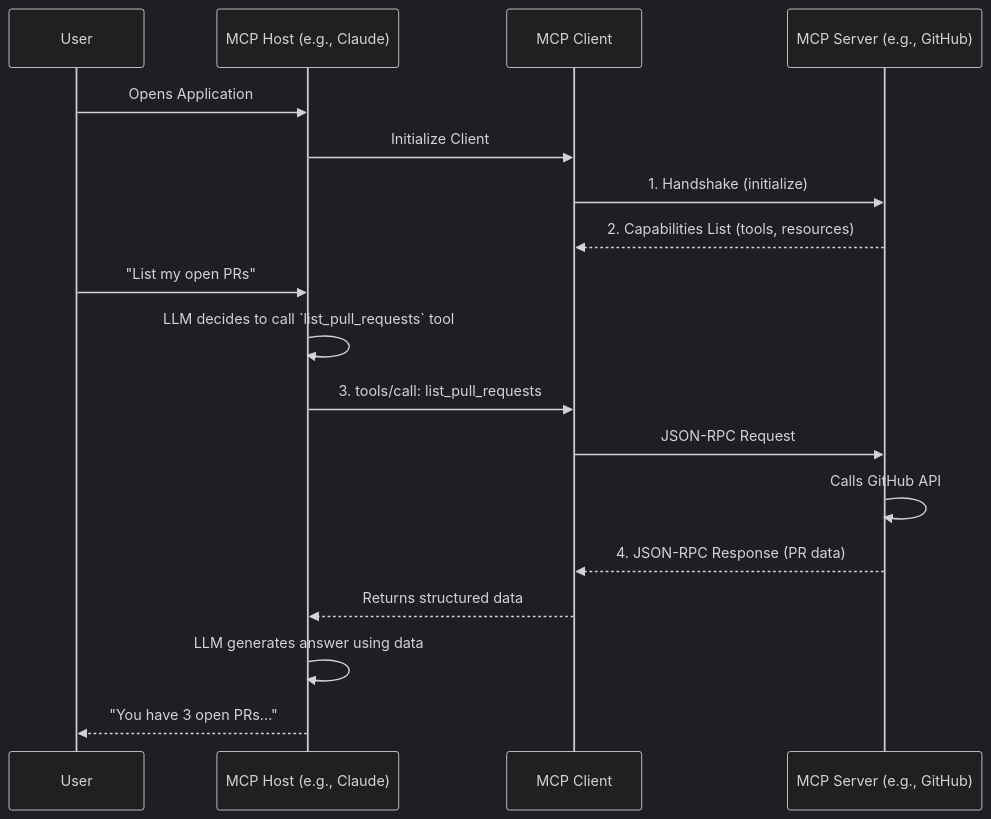
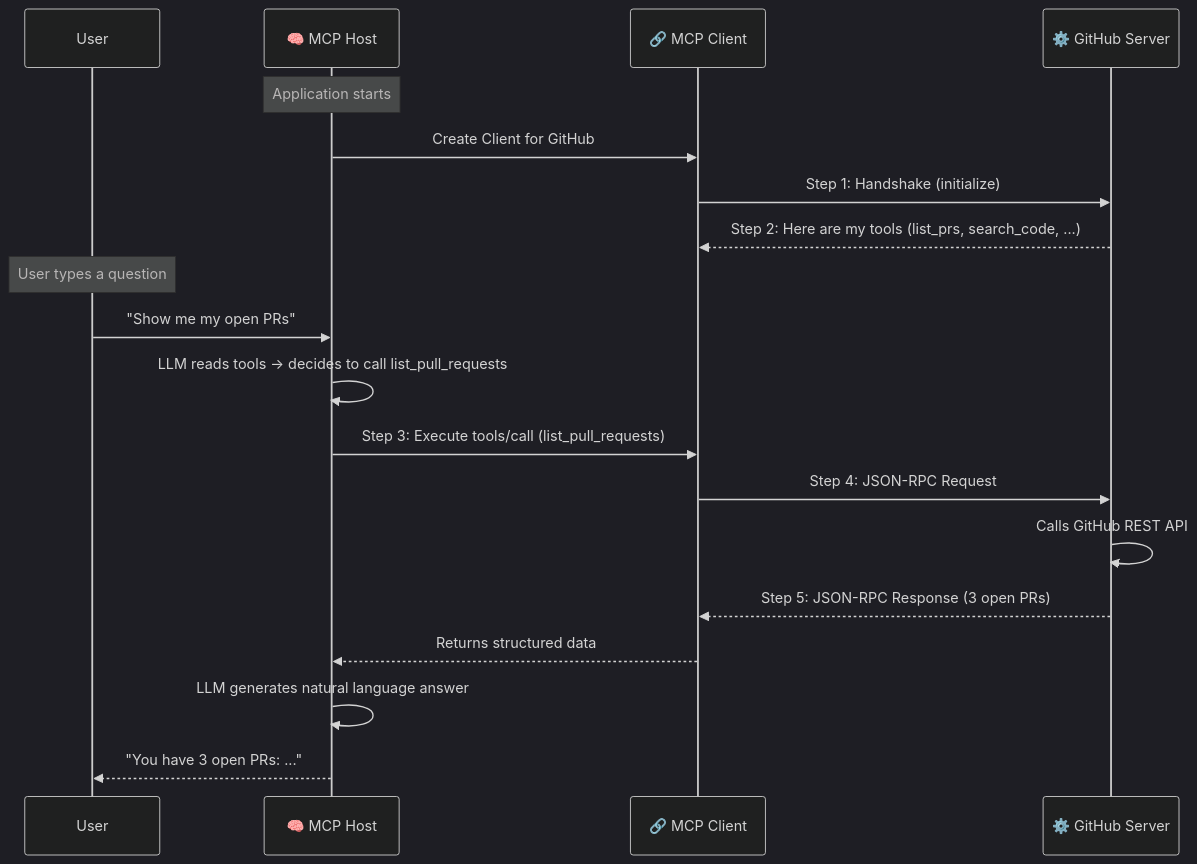
The diagram in MCP/02-architecture.md (YoussefAshraf711/Wiki), drawn with Mermaid (dark theme) before and after one commit. The commit also changed other lines of this file and 6 other files, not shown here.

````diff
--- a/MCP/02-architecture.md
+++ b/MCP/02-architecture.md
@@ -66,22 +97,23 @@
 ```mermaid
 sequenceDiagram
     participant User
-    participant Host as MCP Host (e.g., Claude)
-    participant Client as MCP Client
-    participant Server as MCP Server (e.g., GitHub)
+    participant Host as 🧠 MCP Host
+    participant Client as 🔗 MCP Client
+    participant Server as ⚙️ GitHub Server
 
-    User->>Host: Opens Application
-    Host->>Client: Initialize Client
-    Client->>Server: 1. Handshake (initialize)
-    Server-->>Client: 2. Capabilities List (tools, resources)
+    Note over Host: Application starts
+    Host->>Client: Create Client for GitHub
+    Client->>Server: Step 1: Handshake (initialize)
+    Server-->>Client: Step 2: Here are my tools (list_prs, search_code, ...)
     
-    User->>Host: "List my open PRs"
-    Host->>Host: LLM decides to call `list_pull_requests` tool
-    Host->>Client: 3. tools/call: list_pull_requests
-    Client->>Server: JSON-RPC Request
-    Server->>Server: Calls GitHub API
-    Server-->>Client: 4. JSON-RPC Response (PR data)
+    Note over User: User types a question
+    User->>Host: "Show me my open PRs"
+    Host->>Host: LLM reads tools → decides to call list_pull_requests
+    Host->>Client: Step 3: Execute tools/call (list_pull_requests)
+    Client->>Server: Step 4: JSON-RPC Request
+    Server->>Server: Calls GitHub REST API
+    Server-->>Client: Step 5: JSON-RPC Response (3 open PRs)
     Client-->>Host: Returns structured data
-    Host->>Host: LLM generates answer using data
-    Host-->>User: "You have 3 open PRs..."
+    Host->>Host: LLM generates natural language answer
+    Host-->>User: "You have 3 open PRs: ..."
 ```
````
